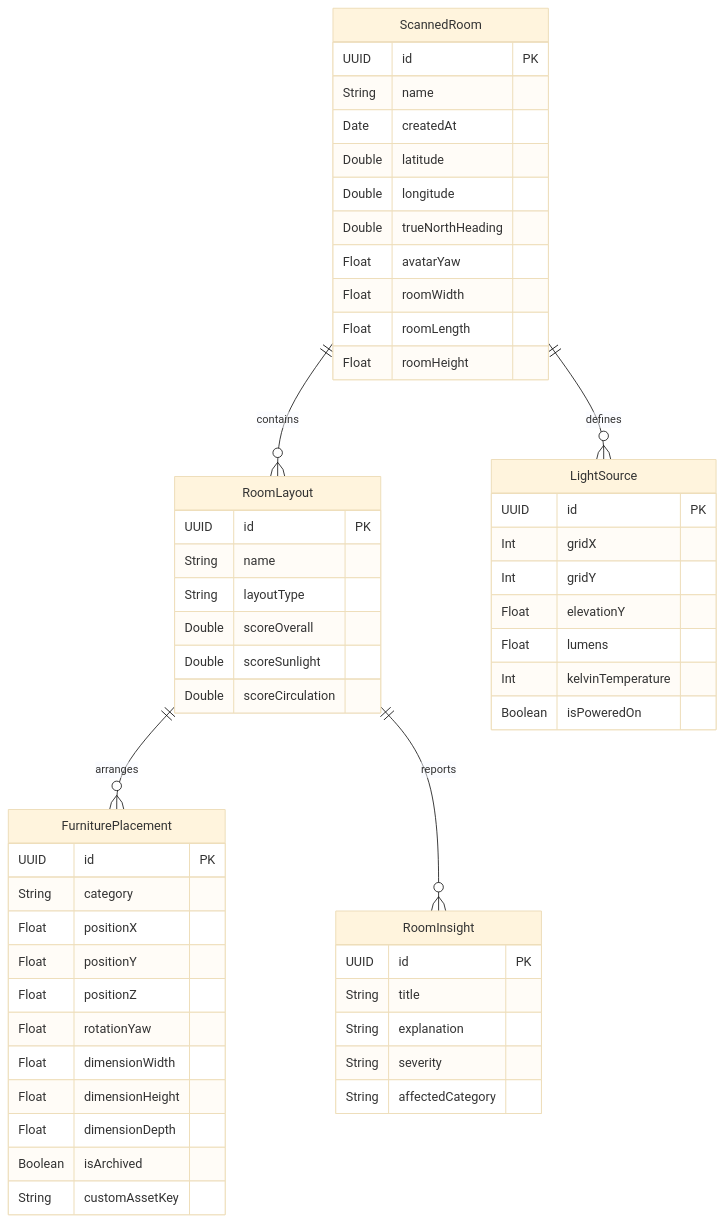
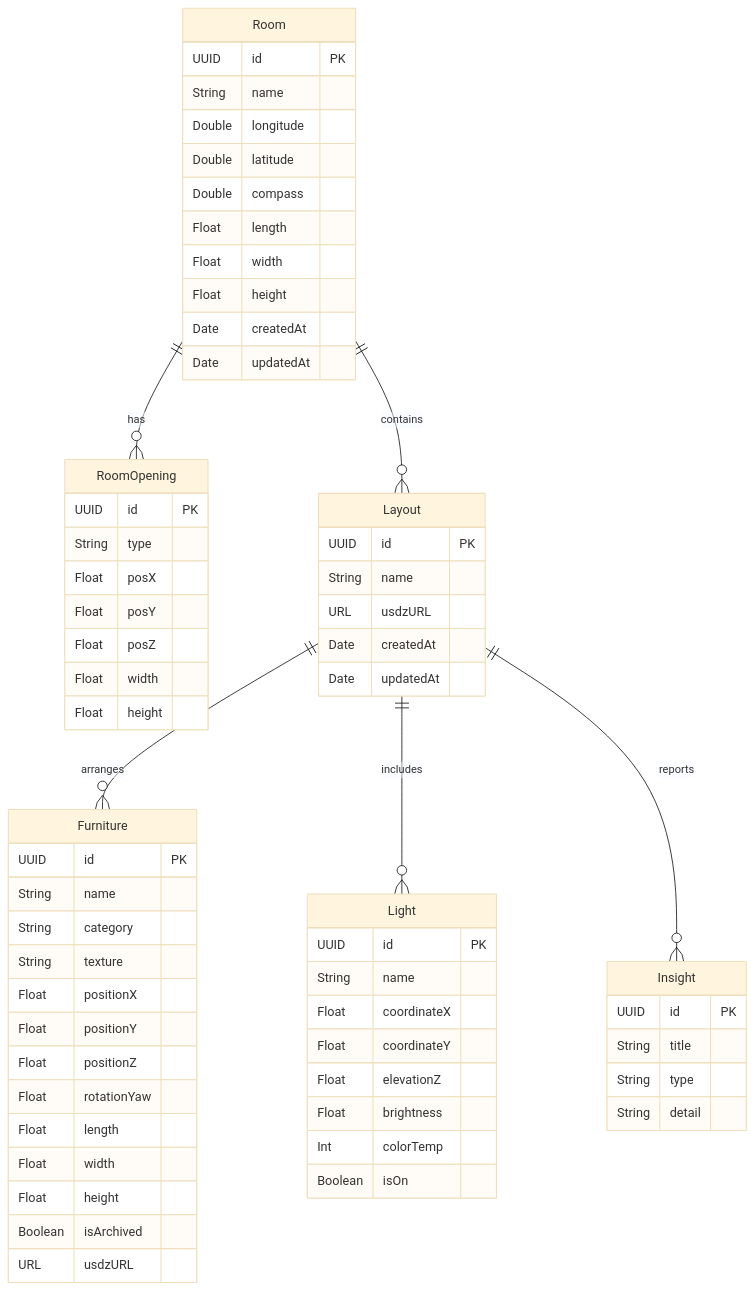
The diagram in docs/ARCHITECTURE.md (M7-C5/Resign), drawn with Mermaid (base theme) before and after one commit. The commit also changed other lines of this file and 4 other files, not shown here.

First line of the commit message:
docs(architecture): define whiteboard domain schema and local-first persistence roadmap

````diff
--- a/docs/ARCHITECTURE.md
+++ b/docs/ARCHITECTURE.md
@@ -70,61 +76,73 @@
 ```mermaid
 erDiagram
-    ScannedRoom ||--o{ RoomLayout : contains
-    ScannedRoom ||--o{ LightSource : defines
-    RoomLayout ||--o{ FurniturePlacement : arranges
-    RoomLayout ||--o{ RoomInsight : reports
+    Room ||--o{ RoomOpening : has
+    Room ||--o{ Layout : contains
+    Layout ||--o{ Furniture : arranges
+    Layout ||--o{ Light : includes
+    Layout ||--o{ Insight : reports
 
-    ScannedRoom {
+    Room {
         UUID id PK
         String name
+        Double longitude
+        Double latitude
+        Double compass
+        Float length
+        Float width
+        Float height
         Date createdAt
-        Double latitude
-        Double longitude
-        Double trueNorthHeading
-        Float avatarYaw
-        Float roomWidth
-        Float roomLength
-        Float roomHeight
+        Date updatedAt
     }
 
-    RoomLayout {
+    RoomOpening {
+        UUID id PK
+        String type
+        Float posX
+        Float posY
+        Float posZ
+        Float width
+        Float height
+    }
+
+    Layout {
         UUID id PK
         String name
-        String layoutType
-        Double scoreOverall
-        Double scoreSunlight
-        Double scoreCirculation
+        URL usdzURL
+        Date createdAt
+        Date updatedAt
     }
 
-    FurniturePlacement {
+    Furniture {
         UUID id PK
+        String name
         String category
+        String texture
         Float positionX
         Float positionY
         Float positionZ
         Float rotationYaw
-        Float dimensionWidth
-        Float dimensionHeight
-        Float dimensionDepth
+        Float length
+        Float width
+        Float height
         Boolean isArchived
-        String customAssetKey
+        URL usdzURL
     }
 
-    LightSource {
+    Light {
         UUID id PK
-        Int gridX
-        Int gridY
-        Float elevationY
-        Float lumens
-        Int kelvinTemperature
-        Boolean isPoweredOn
+        String name
+        Float coordinateX
+        Float coordinateY
+        Float elevationZ
+        Float brightness
+        Int colorTemp
+        Boolean isOn
     }
 
-    RoomInsight {
+    Insight {
         UUID id PK
         String title
-        String explanation
-        String severity
-        String affectedCategory
+        String type
+        String detail
     }
 ```
````
